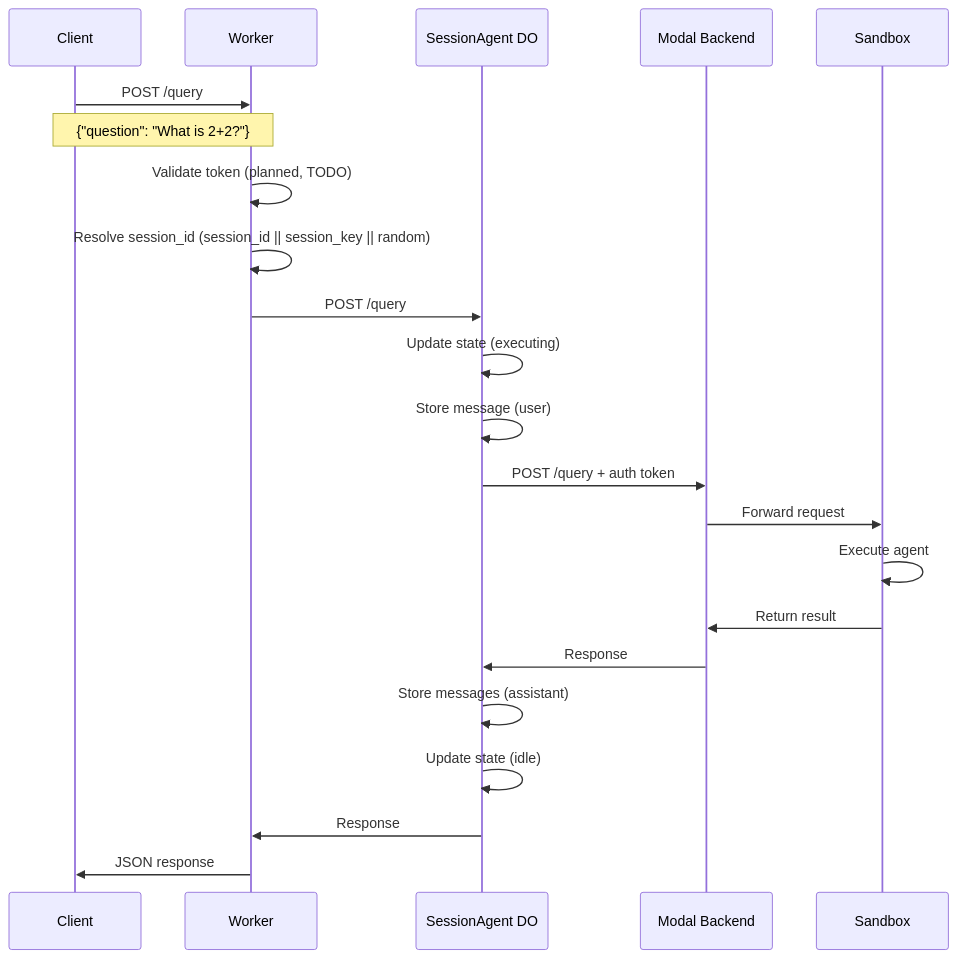
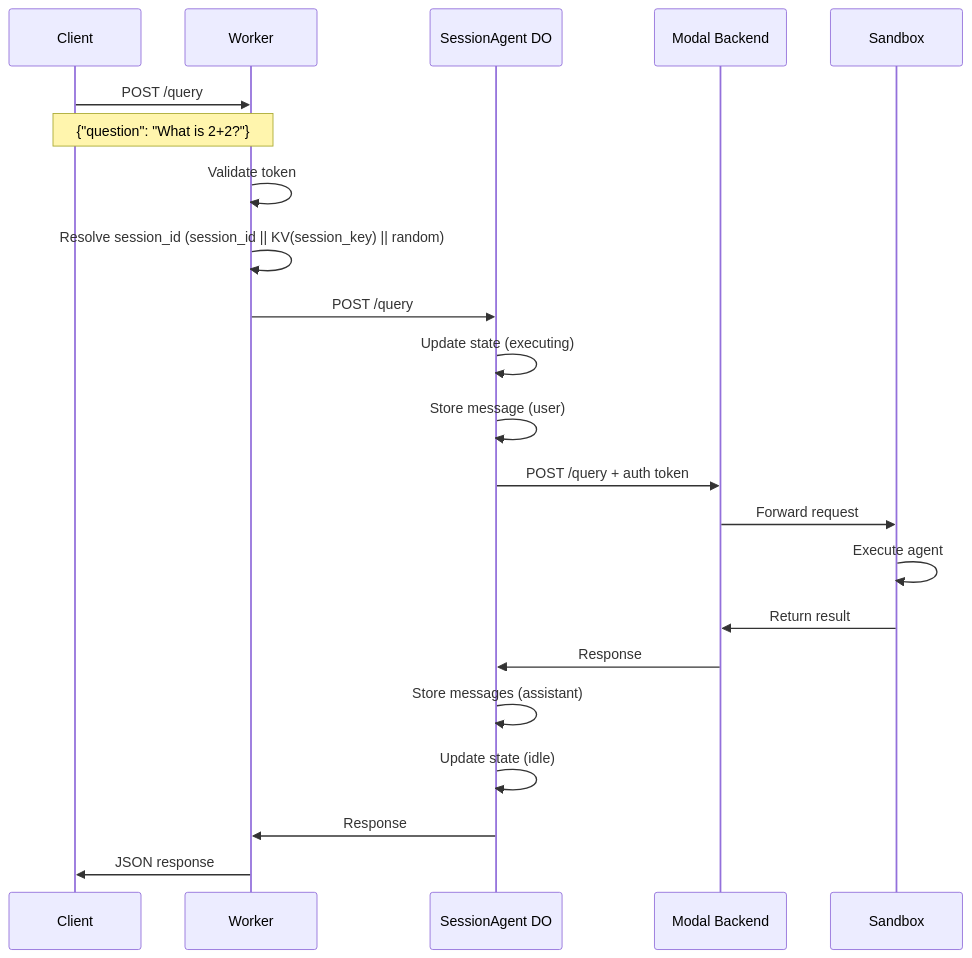
One commit to ibby-ai/rafiki changed the second of 5 diagrams in docs/cloudflare-architecture.md. Above: the diagram before and after it, drawn with Mermaid. The commit also changed other lines of this file and 8 other files, not shown here.

````diff
--- a/docs/cloudflare-architecture.md
+++ b/docs/cloudflare-architecture.md
@@ -335,32 +329,32 @@
 ```mermaid
 sequenceDiagram
     participant Client
     participant Worker
     participant SessionDO as SessionAgent DO
     participant Modal as Modal Backend
     participant Sandbox
 
     Client->>Worker: POST /query
     Note over Client,Worker: {"question": "What is 2+2?"}
 
-    Worker->>Worker: Validate token (planned, TODO)
-    Worker->>Worker: Resolve session_id (session_id || session_key || random)
+    Worker->>Worker: Validate token
+    Worker->>Worker: Resolve session_id (session_id || KV(session_key) || random)
 
     Worker->>SessionDO: POST /query
 
     SessionDO->>SessionDO: Update state (executing)
     SessionDO->>SessionDO: Store message (user)
 
     SessionDO->>Modal: POST /query + auth token
     Modal->>Sandbox: Forward request
 
     Sandbox->>Sandbox: Execute agent
     Sandbox->>Modal: Return result
 
     Modal->>SessionDO: Response
     SessionDO->>SessionDO: Store messages (assistant)
     SessionDO->>SessionDO: Update state (idle)
 
     SessionDO->>Worker: Response
     Worker->>Client: JSON response
 ```
````
